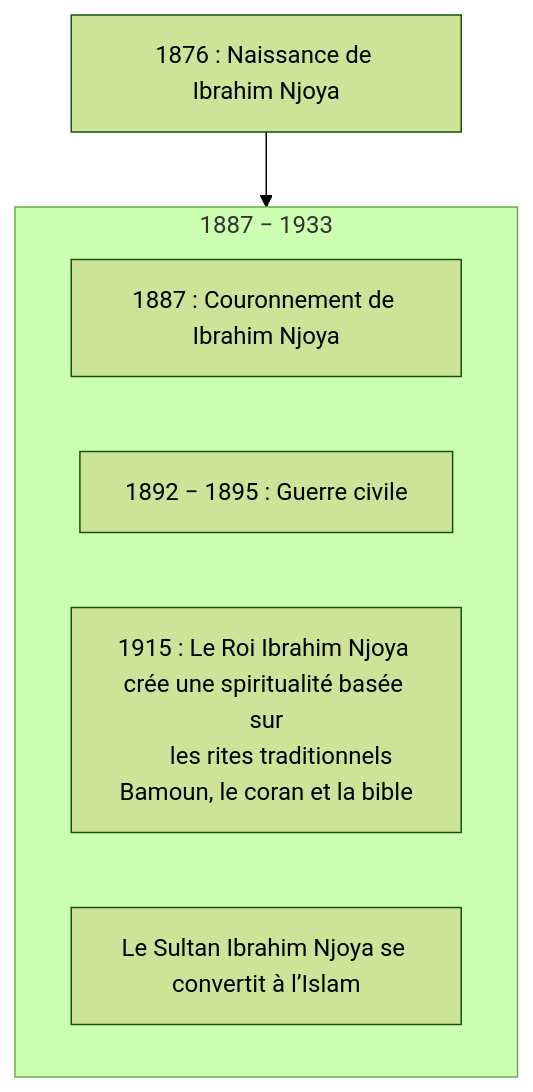
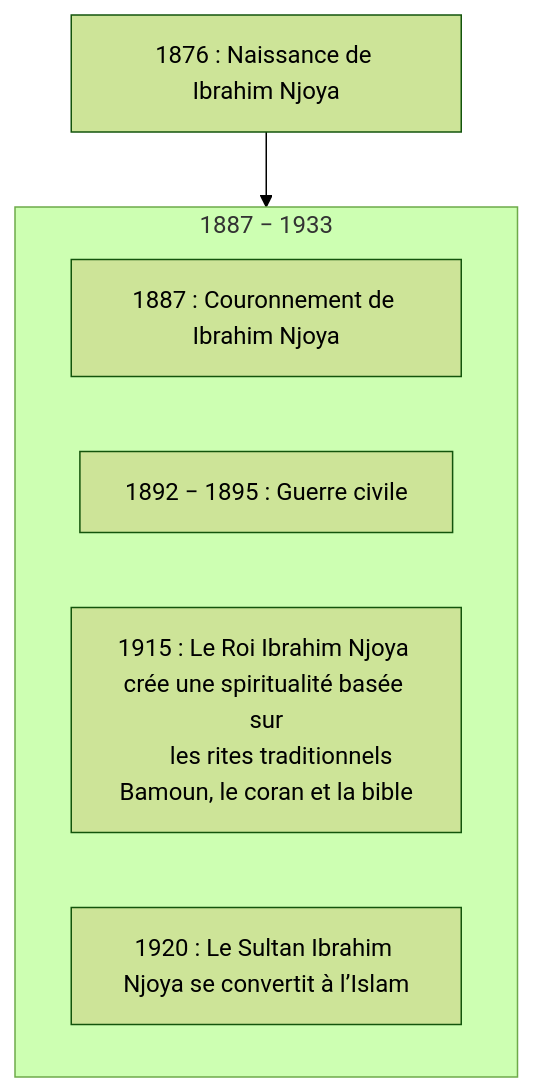
The diagram in en-cours/personnalite/homme/noble/souverain/roi/afrique/centre/bamoun/ibrahim-njoya.md (ba-moun/Ba-Moun-Save), drawn with Mermaid (forest theme) before and after one commit. The commit also changed other lines of this file, not shown here.

Commit message:
docs: update en-cours/personnalite/homme/noble/souverain/roi/afrique/centre/bamoun/ibrahim-njoya

````diff
--- a/en-cours/personnalite/homme/noble/souverain/roi/afrique/centre/bamoun/ibrahim-njoya.md
+++ b/en-cours/personnalite/homme/noble/souverain/roi/afrique/centre/bamoun/ibrahim-njoya.md
@@ -27,19 +27,19 @@
 ```mermaid
 flowchart TB
 
    birth["1876 : Naissance de Ibrahim Njoya"]
    
    subgraph reign["1887 − 1933"]
       coronation["1887 : Couronnement de Ibrahim Njoya"]
       
       civilWar["1892 − 1895 : Guerre civile"]
       
       spirituality["1915 : Le Roi Ibrahim Njoya crée une spiritualité basée sur
       les rites traditionnels Bamoun, le coran et la bible"]
       
-      conversion["Le Sultan Ibrahim Njoya se convertit à l’Islam"]
+      conversion["1920 : Le Sultan Ibrahim Njoya se convertit à l’Islam"]
    end
    
    birth --> reign
    
 ```
````
